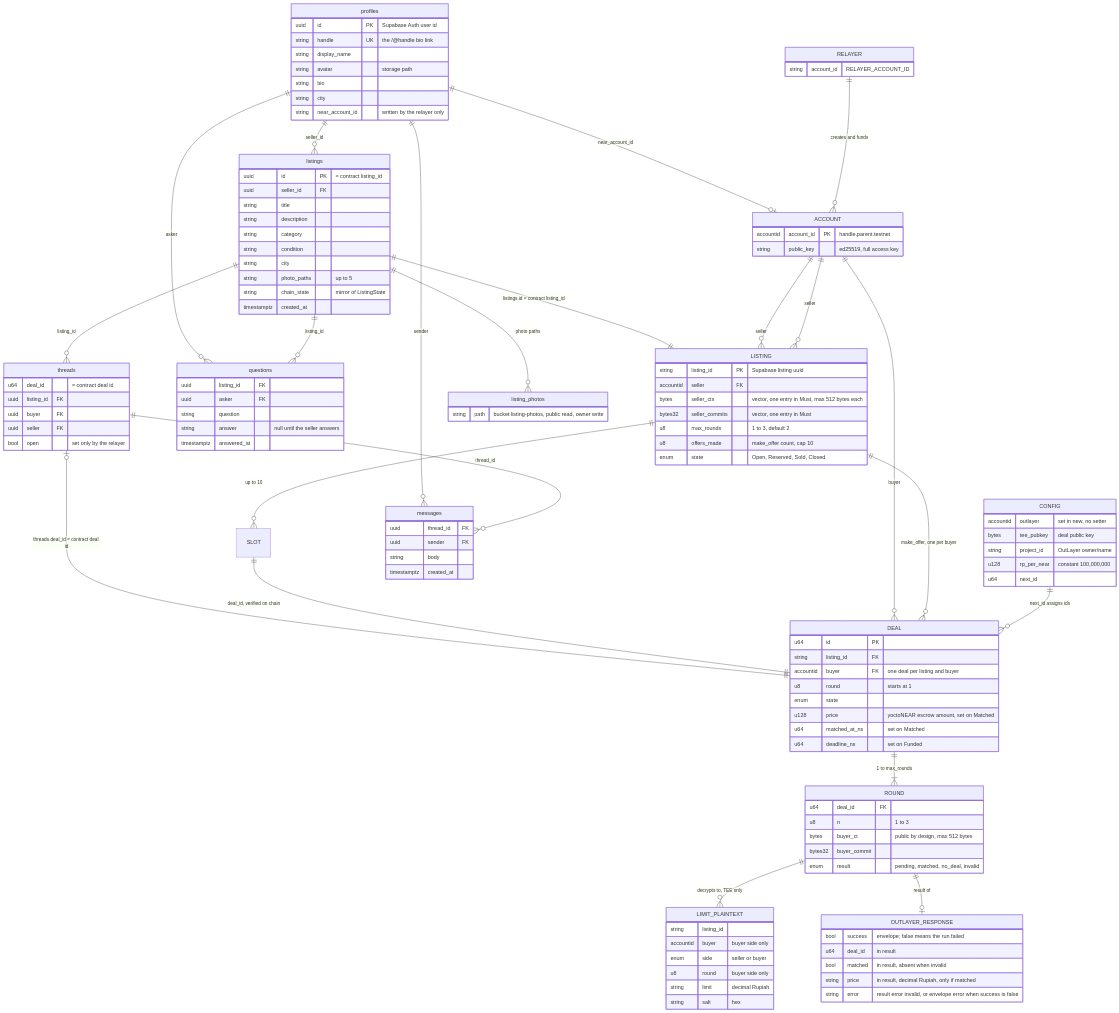
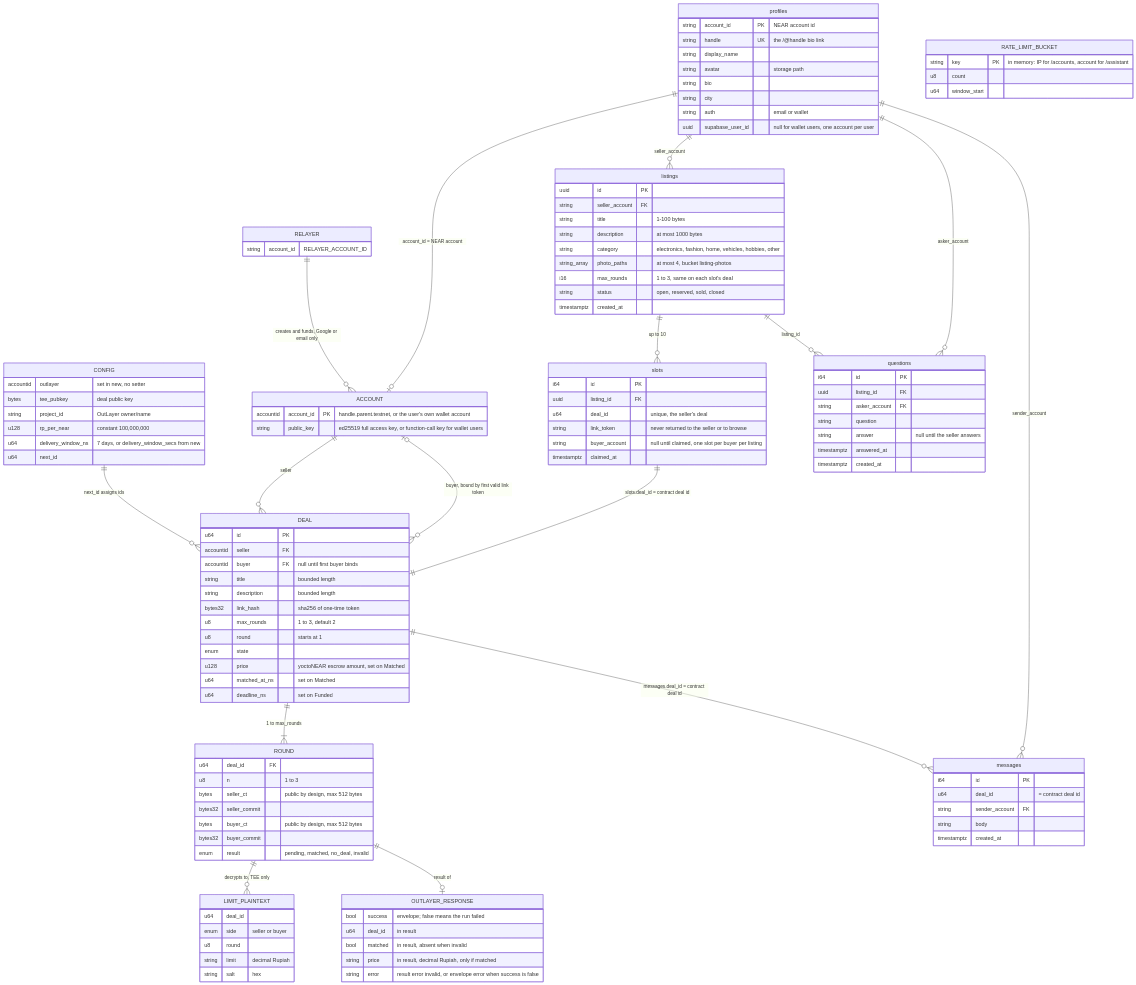
One commit to ketutezraugm/shake changed the diagram in docs/DATA-MODEL.md. Above: the diagram before and after it, drawn with Mermaid. The commit also changed other lines of this file and 14 other files, not shown here.

````diff
--- a/docs/DATA-MODEL.md
+++ b/docs/DATA-MODEL.md
@@ -22,52 +22,42 @@
 ```mermaid
 erDiagram
     CONFIG ||--o{ DEAL : "next_id assigns ids"
-    ACCOUNT ||--o{ LISTING : "seller"
-    LISTING ||--o{ DEAL : "make_offer, one per buyer"
-    ACCOUNT ||--o{ DEAL : "buyer"
+    ACCOUNT ||--o{ DEAL : "seller"
+    ACCOUNT |o--o{ DEAL : "buyer, bound by first valid link token"
     DEAL ||--|{ ROUND : "1 to max_rounds"
     ROUND ||--o{ LIMIT_PLAINTEXT : "decrypts to, TEE only"
     ROUND ||--o| OUTLAYER_RESPONSE : "result of"
-    RELAYER ||--o{ ACCOUNT : "creates and funds"
-    ACCOUNT ||--o{ LISTING : "seller"
-    LISTING ||--o{ SLOT : "up to 10"
-    SLOT ||--|| DEAL : "deal_id, verified on chain"
+    RELAYER ||--o{ ACCOUNT : "creates and funds, Google or email only"
 
-    profiles ||--o{ listings : "seller_id"
+    profiles ||--o{ listings : "seller_account"
+    profiles ||--o| ACCOUNT : "account_id = NEAR account"
+    listings ||--o{ slots : "up to 10"
+    slots ||--|| DEAL : "slots.deal_id = contract deal id"
     listings ||--o{ questions : "listing_id"
-    listings ||--o{ threads : "listing_id"
-    threads ||--o{ messages : "thread_id"
-    listings ||--o{ listing_photos : "photo paths"
-    profiles ||--o{ questions : "asker"
-    profiles ||--o{ messages : "sender"
-    profiles ||--o| ACCOUNT : "near_account_id"
-    listings ||--|| LISTING : "listings.id = contract listing_id"
-    threads |o--|| DEAL : "threads.deal_id = contract deal id"
+    DEAL ||--o{ messages : "messages.deal_id = contract deal id"
+    profiles ||--o{ questions : "asker_account"
+    profiles ||--o{ messages : "sender_account"
 
     CONFIG {
         accountid outlayer "set in new, no setter"
         bytes tee_pubkey "deal public key"
         string project_id "OutLayer owner/name"
         u128 rp_per_near "constant 100,000,000"
+        u64 delivery_window_ns "7 days, or delivery_window_secs from new"
         u64 next_id
     }
     ACCOUNT {
-        accountid account_id PK "handle.parent.testnet"
-        string public_key "ed25519, full access key"
-    }
-    LISTING {
-        string listing_id PK "Supabase listing uuid"
-        accountid seller FK
-        bytes seller_cts "vector, one entry in Must, max 512 bytes each"
-        bytes32 seller_commits "vector, one entry in Must"
-        u8 max_rounds "1 to 3, default 2"
-        u8 offers_made "make_offer count, cap 10"
-        enum state "Open, Reserved, Sold, Closed"
+        accountid account_id PK "handle.parent.testnet, or the user's own wallet account"
+        string public_key "ed25519 full access key, or function-call key for wallet users"
     }
     DEAL {
         u64 id PK
-        string listing_id FK
-        accountid buyer FK "one deal per listing and buyer"
+        accountid seller FK
+        accountid buyer FK "null until first buyer binds"
+        string title "bounded length"
+        string description "bounded length"
+        bytes32 link_hash "sha256 of one-time token"
+        u8 max_rounds "1 to 3, default 2"
         u8 round "starts at 1"
         enum state
         u128 price "yoctoNEAR escrow amount, set on Matched"
@@ -77,15 +67,16 @@
     ROUND {
         u64 deal_id FK
         u8 n "1 to 3"
+        bytes seller_ct "public by design, max 512 bytes"
+        bytes32 seller_commit
         bytes buyer_ct "public by design, max 512 bytes"
         bytes32 buyer_commit
         enum result "pending, matched, no_deal, invalid"
     }
     LIMIT_PLAINTEXT {
-        string listing_id
-        accountid buyer "buyer side only"
+        u64 deal_id
         enum side "seller or buyer"
-        u8 round "buyer side only"
+        u8 round
         string limit "decimal Rupiah"
         string salt "hex"
     }
@@ -100,47 +91,53 @@
         string account_id "RELAYER_ACCOUNT_ID"
     }
     profiles {
-        uuid id PK "Supabase Auth user id"
+        string account_id PK "NEAR account id"
         string handle UK "the /@handle bio link"
         string display_name
         string avatar "storage path"
         string bio
         string city
-        string near_account_id "written by the relayer only"
+        string auth "email or wallet"
+        uuid supabase_user_id "null for wallet users, one account per user"
     }
     listings {
-        uuid id PK "= contract listing_id"
-        uuid seller_id FK
-        string title
-        string description
-        string category
-        string condition
-        string city
-        string photo_paths "up to 5"
-        string chain_state "mirror of ListingState"
+        uuid id PK
+        string seller_account FK
+        string title "1-100 bytes"
+        string description "at most 1000 bytes"
+        string category "electronics, fashion, home, vehicles, hobbies, other"
+        string_array photo_paths "at most 4, bucket listing-photos"
+        i16 max_rounds "1 to 3, same on each slot's deal"
+        string status "open, reserved, sold, closed"
         timestamptz created_at
     }
+    slots {
+        i64 id PK
+        uuid listing_id FK
+        u64 deal_id "unique, the seller's deal"
+        string link_token "never returned to the seller or to browse"
+        string buyer_account "null until claimed, one slot per buyer per listing"
+        timestamptz claimed_at
+    }
     questions {
+        i64 id PK
         uuid listing_id FK
-        uuid asker FK
+        string asker_account FK
         string question
         string answer "null until the seller answers"
         timestamptz answered_at
-    }
-    threads {
-        u64 deal_id "= contract deal id"
-        uuid listing_id FK
-        uuid buyer FK
-        uuid seller FK
-        bool open "set only by the relayer"
+        timestamptz created_at
     }
     messages {
-        uuid thread_id FK
-        uuid sender FK
+        i64 id PK
+        u64 deal_id "= contract deal id"
+        string sender_account FK
         string body
         timestamptz created_at
     }
-    listing_photos {
-        string path "bucket listing-photos, public read, owner write"
+    RATE_LIMIT_BUCKET {
+        string key PK "in memory: IP for /accounts, account for /assistant"
+        u8 count
+        u64 window_start
     }
 ```
````
